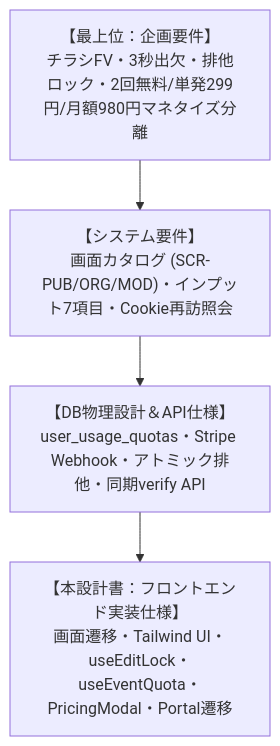
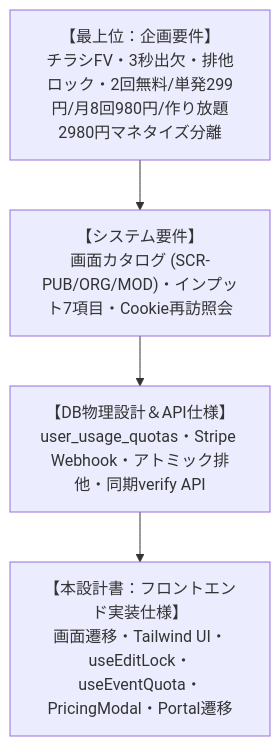
The first of 2 diagrams in docs/front_implementation_spec.md (HirofumiSato/EventKreater), drawn with Mermaid before and after one commit. The commit also changed other lines of this file and 42 other files, not shown here.

````diff
--- a/docs/front_implementation_spec.md
+++ b/docs/front_implementation_spec.md
@@ -11,10 +11,10 @@
 ```mermaid
 flowchart TD
-    A["【最上位：企画要件】<br>チラシFV・3秒出欠・排他ロック・2回無料/単発299円/月額980円マネタイズ分離"]
+    A["【最上位：企画要件】<br>チラシFV・3秒出欠・排他ロック・2回無料/単発299円/月8回980円/作り放題2980円マネタイズ分離"]
     B["【システム要件】<br>画面カタログ (SCR-PUB/ORG/MOD)・インプット7項目・Cookie再訪照会"]
     C["【DB物理設計＆API仕様】<br>user_usage_quotas・Stripe Webhook・アトミック排他・同期verify API"]
     D["【本設計書：フロントエンド実装仕様】<br>画面遷移・Tailwind UI・useEditLock・useEventQuota・PricingModal・Portal遷移"]
     A --> B
     B --> C
     C --> D
 ```
````
